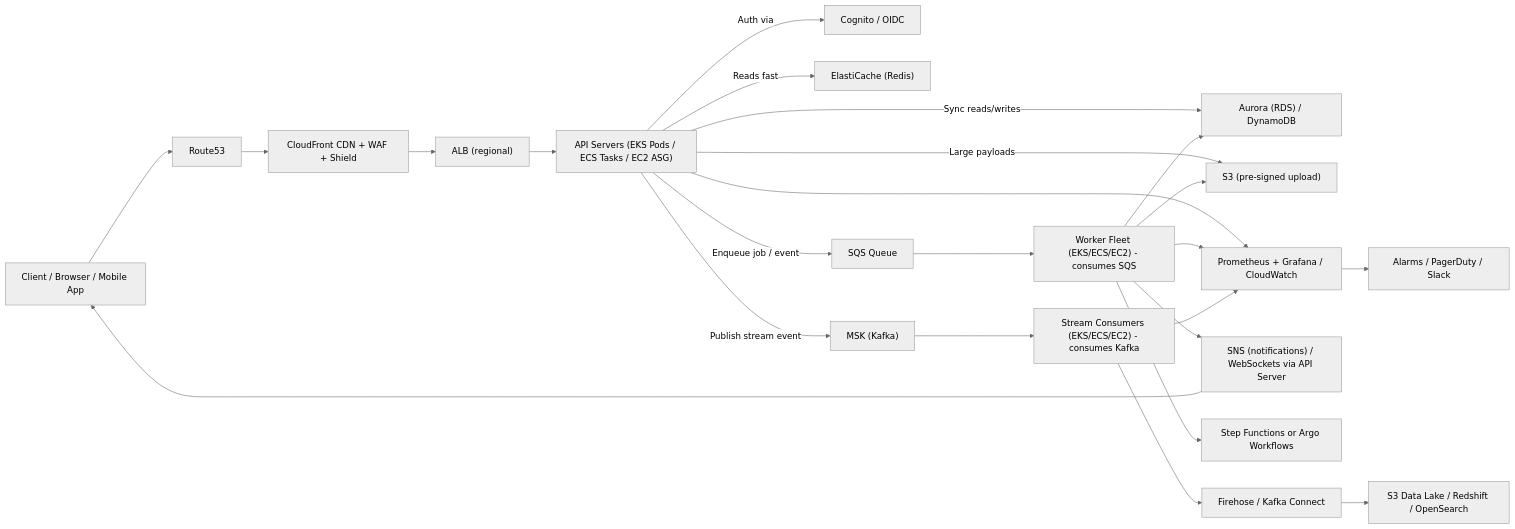
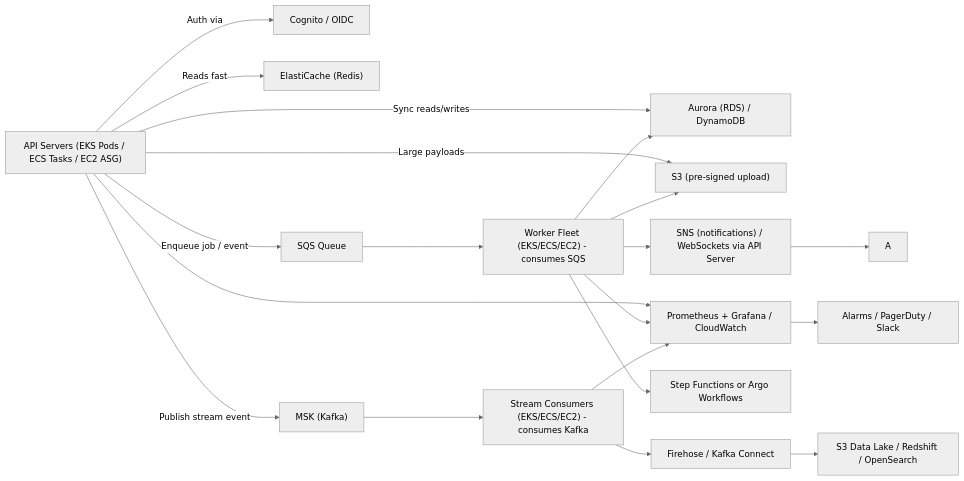
One commit to progvocab/products-service changed the fifth of 5 diagrams in cloud/aws/README.md. Above: the diagram before and after it, drawn with Mermaid (neutral theme). The commit also changed other lines of this file, not shown here.

````diff
--- a/cloud/aws/README.md
+++ b/cloud/aws/README.md
@@ -310,37 +336,30 @@
 ```mermaid
 flowchart LR
-  %% Edge
-  A[Client / Browser / Mobile App] --> B[Route53]
-  B --> C[CloudFront CDN + WAF + Shield]
-  C --> D["ALB (regional)"]
-
-  %% API layer
-  D --> E["API Servers (EKS Pods / ECS Tasks / EC2 ASG)"]
-  E -->|Auth via| F[Cognito / OIDC]
+  E["API Servers (EKS Pods / ECS Tasks / EC2 ASG)"] -->|Auth via| F[Cognito / OIDC]
   E -->|Sync reads/writes| G["Aurora (RDS) / DynamoDB"]
   E -->|Reads fast| H["ElastiCache (Redis)"]
 
   %% Async / Buffering
   E -->|Enqueue job / event| I[SQS Queue]
   E -->|Publish stream event| J["MSK (Kafka)"]
   E -->|Large payloads| K["S3 (pre-signed upload)"]
 
   %% Workers
   I --> L["Worker Fleet (EKS/ECS/EC2) - consumes SQS"]
   J --> M["Stream Consumers (EKS/ECS/EC2) - consumes Kafka"]
   L --> G
   L --> K
   M --> N[Firehose / Kafka Connect]
   N --> O[S3 Data Lake / Redshift / OpenSearch]
 
   %% Notifications & Orchestration
   L --> P["SNS (notifications) / WebSockets via API Server"]
   P --> A
   L --> Q[Step Functions or Argo Workflows]
 
   %% Observability
   E --> R[Prometheus + Grafana / CloudWatch]
   L --> R
   M --> R
   R --> S[Alarms / PagerDuty / Slack]
 ```
````
